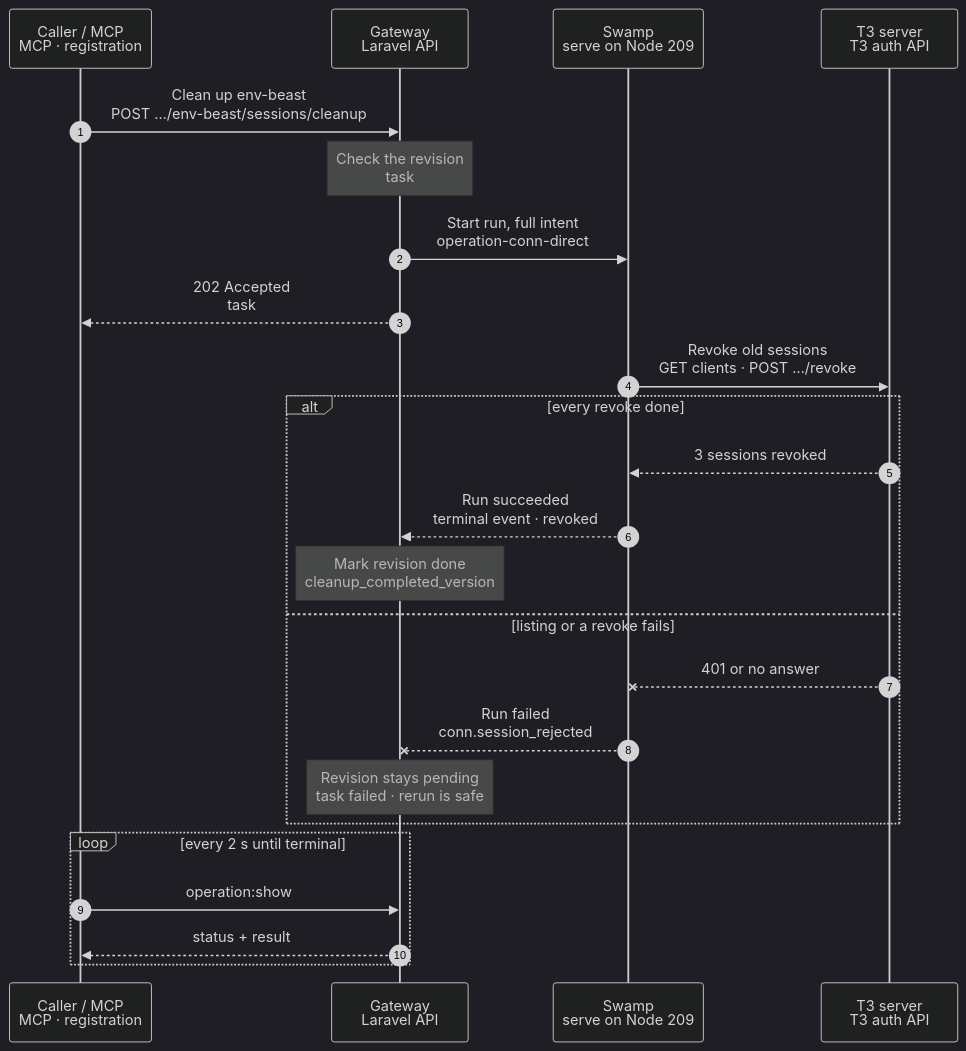
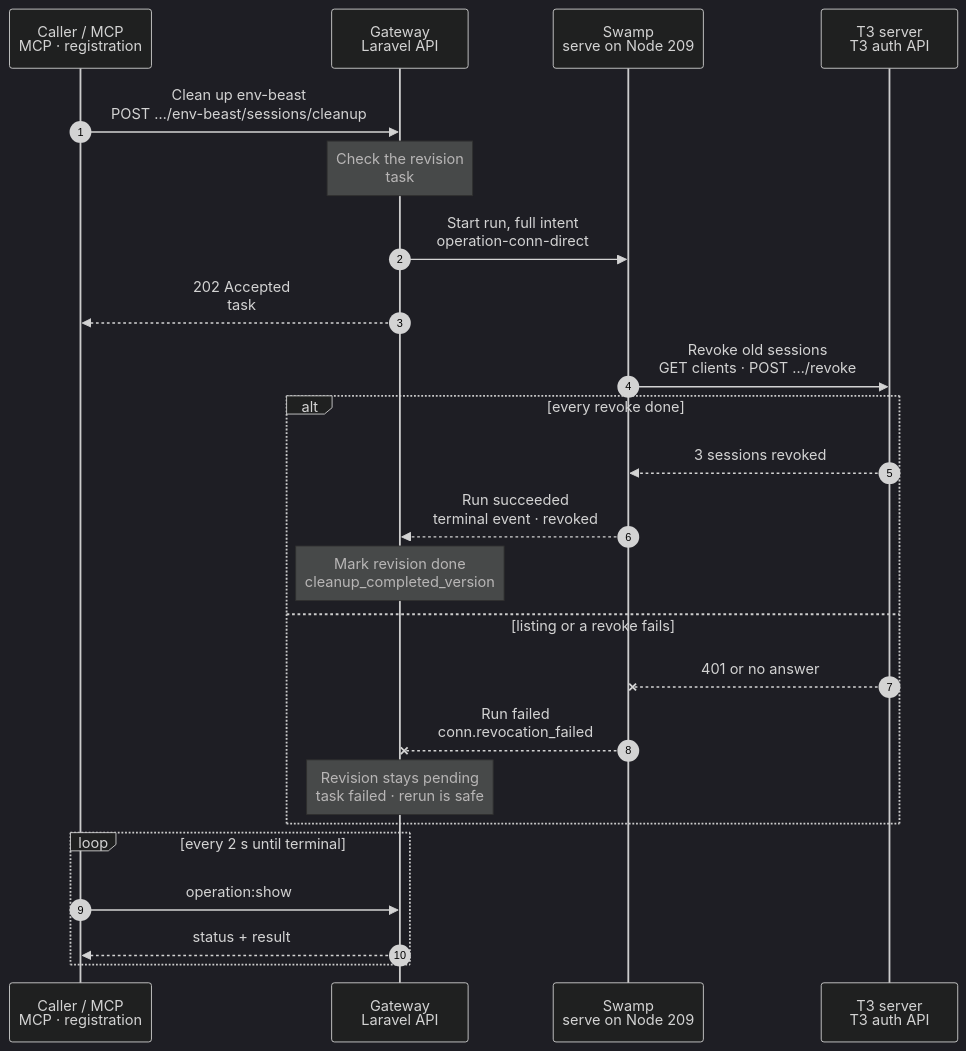
One commit to hardimpactdev/orbit changed the diagram in docs/cli/conn/gateway-sessions-revoke.mmd. Above: the diagram before and after it, drawn with Mermaid (dark theme). The commit also changed 21 other files, not shown here.

```diff
--- a/docs/cli/conn/gateway-sessions-revoke.mmd
+++ b/docs/cli/conn/gateway-sessions-revoke.mmd
@@ -1,90 +1,90 @@
 sequenceDiagram
   %% Target design: ADR 0244 task, DECISIONS R1 (an external API call is an effect, so it is a run), R2-R4. swamp/workflows/workflow-operation-conn-direct.yaml, docs/reference/conn.md#gateway-session-cleanup, conn.pairing_revoke chart.
   %% Tightened: flow-tighten 2026-11-02, rules 4, 14, 15, 16, 21 (no Gateway reads from the step, session to vault, one session list, no link step).
   %% status: draft
   %% command: none · Conn API (conn-environment-cleanup)
   %% kind: conn.gateway_sessions_revoke
   autonumber
   %% lane CLI icon=terminal pill=caller tone=gray
   %% lane GW icon=gateway pill=intent tone=blue
   %% lane SW icon=workflow pill=executes tone=green
   %% lane T3 icon=server pill=target tone=purple
   participant CLI as Caller / MCP<br/>MCP · registration
   participant GW as Gateway<br/>Laravel API
   participant SW as Swamp<br/>serve on Node 209
   participant T3 as T3 server<br/>T3 auth API
   CLI->>GW: Clean up env-beast<br/>POST …/env-beast/sessions/cleanup
   %%> Command:
   %%> - `POST /api/v1/conn/environments/env-beast/sessions/cleanup`
   %%> - syntax: the MCP tool `conn-environment-cleanup` with `environment`
   %%> Who starts it:
   %%> - the Gateway itself, after a registration of env-beast commits a new cleanup revision
   %%> - an operator, to retry a revision that failed
   %%> Not included:
   %%> - there is no `orbit` command, and no per-minute Swamp check of pending revisions
   Note over GW: Check the revision<br/>task #5181 · session to vault
   %%> Requirements:
   %%> - the `conn` extension is on; the caller's Node has an access grant to the Gateway Node
   %%> - env-beast has a cleanup revision newer than the last completed one; otherwise the answer is 204 and no task starts
   %%> - no other cleanup runs for env-beast (`operation.target_busy`); the Gateway holds one lock per server
   %%> What it does:
   %%> - captures the T3 URL, the revision and the fixed client label `Orbit Gateway`
   %%> - pushes the current admin session to the Swamp vault as `conn-session-5181` after commit (R3)
   %%> While it runs:
-  %%> - a new registration of env-beast waits for the lock, then checks its session with T3 as usual
+  %%> - a new registration of env-beast refuses while the environment is busy, then validates its candidate session outside the database transaction
   %%> Why a run:
   %%> - calling T3's API is an effect; the Gateway's only execution primitives are mint and sign
   GW->>SW: Start run, full intent<br/>operation-conn-direct
   %%> What it does:
   %%> - starts one Swamp run on serve (Node 209); no Node is a target
   %%> Inputs:
   %%> - the T3 server URL, the client label, the revision and the vault key name; never the session
   GW-->>CLI: 202 Accepted<br/>task #5181
   %%> What you get:
   %%> - the task number, at once
   %%> Next:
   %%> - the caller follows the task with `operation:show`
   SW->>T3: Revoke old sessions<br/>GET clients · POST …/revoke
   %%> How:
-  %%> - HTTPS from 209, with the admin session from `vault.get`
+  %%> - the typed Conn revocation child runs HTTPS from 209, with the admin session from `vault.get`
   %%> What it does:
   %%> - lists the client sessions on env-beast once, selects those labelled `Orbit Gateway` that are not the current session, and revokes each
   %%> - a session already gone counts as revoked
   %%> Refuses:
   %%> - a failed or invalid list stops the step before any revoke; it never counts as an empty list
   %%> Keeps:
   %%> - the Gateway's current admin session and every other label
   %%> Not included:
   %%> - no re-read of the Gateway or of the list before each revoke; the lock on env-beast keeps the session fixed
   alt every revoke done
     T3-->>SW: 3 sessions revoked
     %%> Returns:
     %%> - each revoke answered; the step outputs the count
     SW-->>GW: Run succeeded<br/>terminal event · revoked
     %%> How the Gateway learns it:
     %%> - its shared run reader sees the terminal event and reads the count from the step; Swamp never calls the Gateway
     Note over GW: Mark revision done<br/>cleanup_completed_version
     %%> Result:
     %%> - env-beast's cleanup revision is marked completed
     %%> - task #5181 succeeds; the Gateway's own session on env-beast keeps working
   else listing or a revoke fails
     T3--xSW: 401 or no answer
     %%> When:
     %%> - T3 refuses the admin session, cannot be reached, or answers with invalid data
-    SW--xGW: Run failed<br/>conn.session_rejected
+    SW--xGW: Run failed<br/>conn.revocation_failed
     %%> The Gateway reads:
     %%> - which step failed and its safe `conn.*` error code
     Note over GW: Revision stays pending<br/>task failed · rerun is safe
     %%> Result:
     %%> - the revision stays pending; no automatic task follows; task #5181 fails
     %%> Retry:
     %%> - safe: call cleanup again, or register again; it lists the sessions again and skips those already gone
   end
   loop every 2 s until terminal
     CLI->>GW: operation:show #5181
     %%> What it does:
     %%> - asks for the task's status every 2 seconds until it has ended
     GW-->>CLI: status + result
     %%> Returns:
     %%> - the current status, and the number of revoked sessions once the task has ended
   end
```
